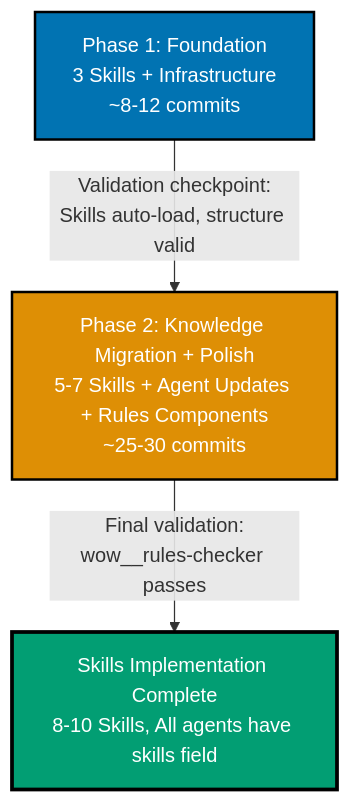
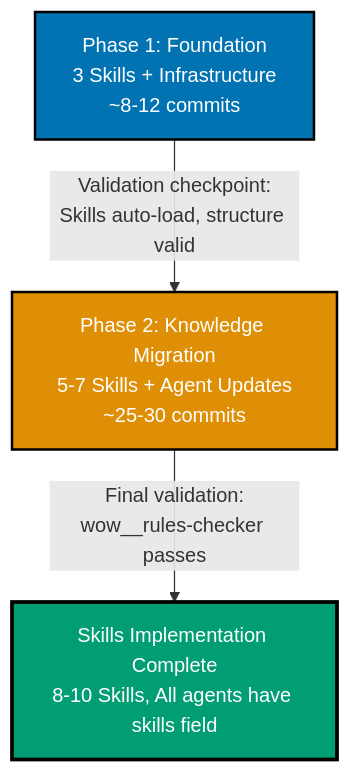
The fourth of 4 diagrams in plans/done/2026-03-29__skills-layer-implementation/tech-docs.md (wahidyankf/open-sharia-enterprise), drawn with Mermaid before and after one commit. The commit also changed other lines of this file and 17 other files, not shown here.

First line of the commit message:
fix(mermaid): fix pre-existing diagram violations exposed by changed-only gate

````diff
--- a/plans/done/2026-03-29__skills-layer-implementation/tech-docs.md
+++ b/plans/done/2026-03-29__skills-layer-implementation/tech-docs.md
@@ -591,14 +577,14 @@
 ```mermaid
 %% Color Palette: Blue #0173B2, Orange #DE8F05, Teal #029E73
 %% Two-phase delivery with validation checkpoints
 graph TD
     Phase1[Phase 1: Foundation<br/>3 Skills + Infrastructure<br/>~8-12 commits]
-    Phase2[Phase 2: Knowledge Migration + Polish<br/>5-7 Skills + Agent Updates + Rules Components<br/>~25-30 commits]
+    Phase2[Phase 2: Knowledge Migration\n5-7 Skills + Agent Updates\n~25-30 commits]
 
     Phase1 -->|Validation checkpoint:<br/>Skills auto-load, structure valid| Phase2
     Phase2 -->|Final validation:<br/>wow__rules-checker passes| Complete[Skills Implementation Complete<br/>8-10 Skills, All agents have skills field]
 
     style Phase1 fill:#0173B2,stroke:#000000,color:#FFFFFF,stroke-width:2px
     style Phase2 fill:#DE8F05,stroke:#000000,color:#FFFFFF,stroke-width:2px
     style Complete fill:#029E73,stroke:#000000,color:#FFFFFF,stroke-width:3px
 ```
````
